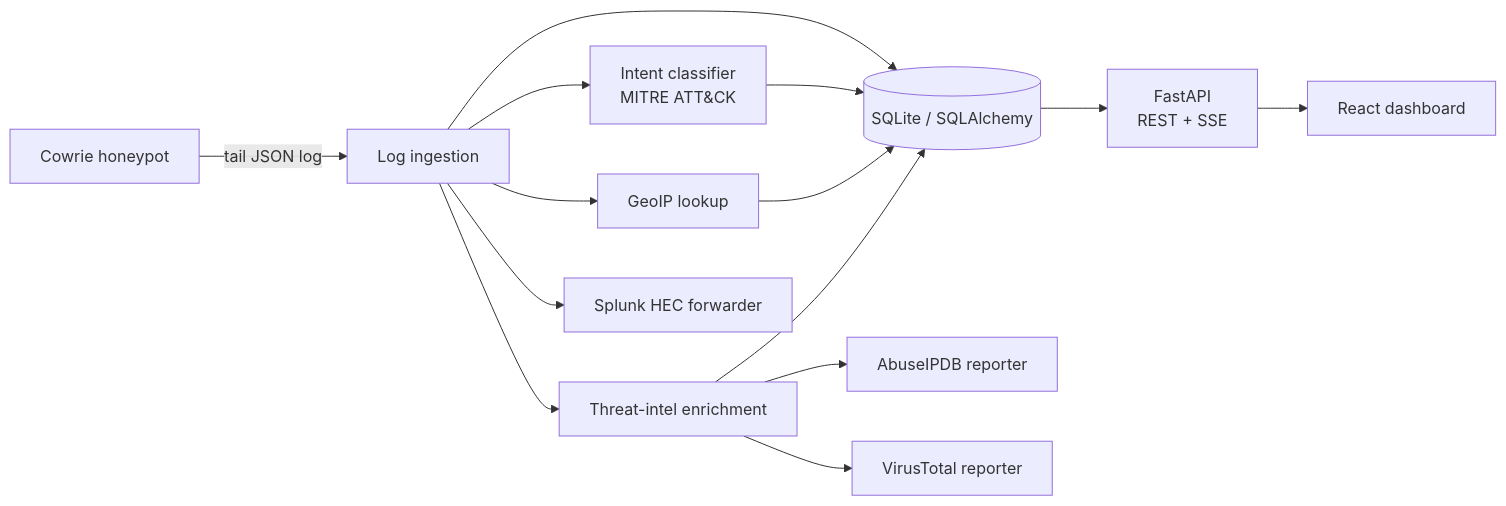
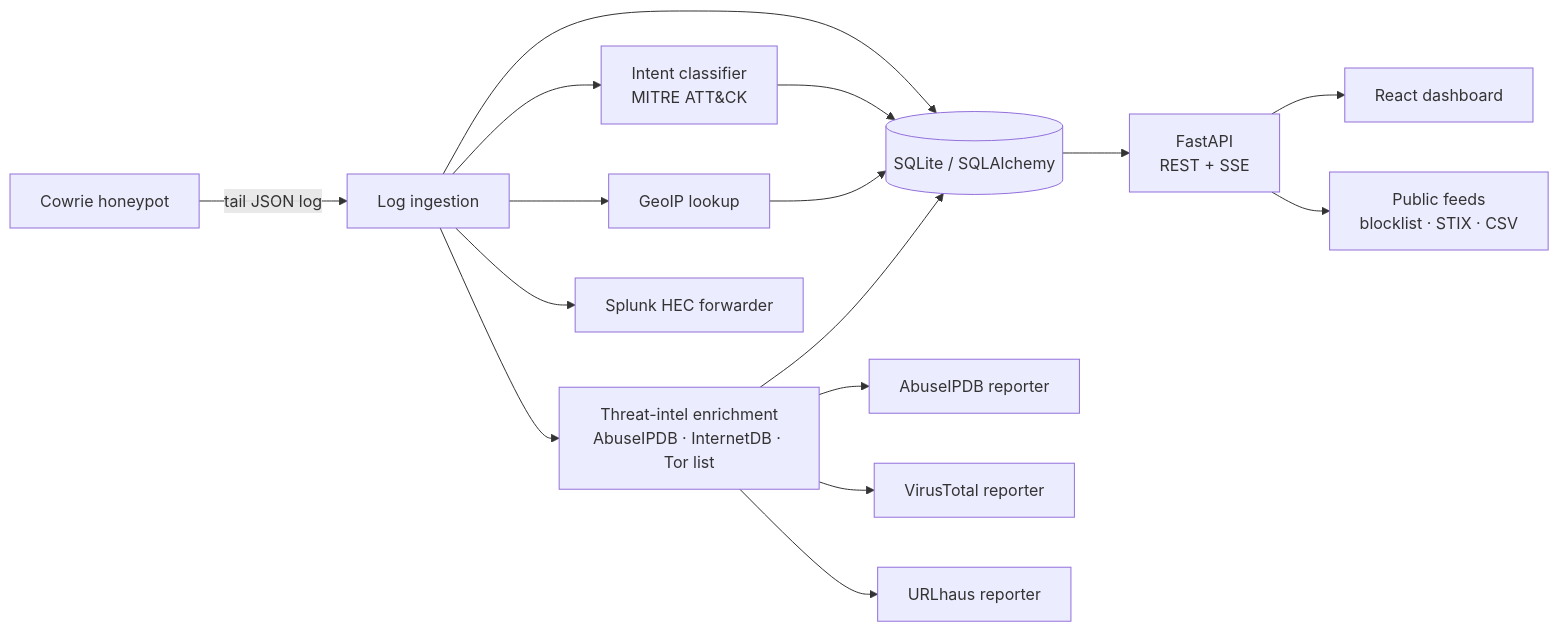
Before and after one commit to jojohuang92/HoneypotTracker: the diagram in README.md, drawn with Mermaid. The commit also changed other lines of this file and 4 other files, not shown here.

````diff
--- a/README.md
+++ b/README.md
@@ -38,16 +41,18 @@
 ```mermaid
 flowchart LR
     C[Cowrie honeypot] -->|tail JSON log| I[Log ingestion]
     I --> DB[(SQLite / SQLAlchemy)]
     I --> CL[Intent classifier<br/>MITRE ATT&CK]
     I --> GEO[GeoIP lookup]
-    I --> EN[Threat-intel enrichment]
+    I --> EN[Threat-intel enrichment<br/>AbuseIPDB · InternetDB · Tor list]
     CL --> DB
     GEO --> DB
     EN --> DB
     DB --> API[FastAPI<br/>REST + SSE]
     API --> UI[React dashboard]
     EN --> AB[AbuseIPDB reporter]
     EN --> VT[VirusTotal reporter]
+    EN --> UH[URLhaus reporter]
+    API --> FEEDS[Public feeds<br/>blocklist · STIX · CSV]
     I --> SP[Splunk HEC forwarder]
 ```
````
